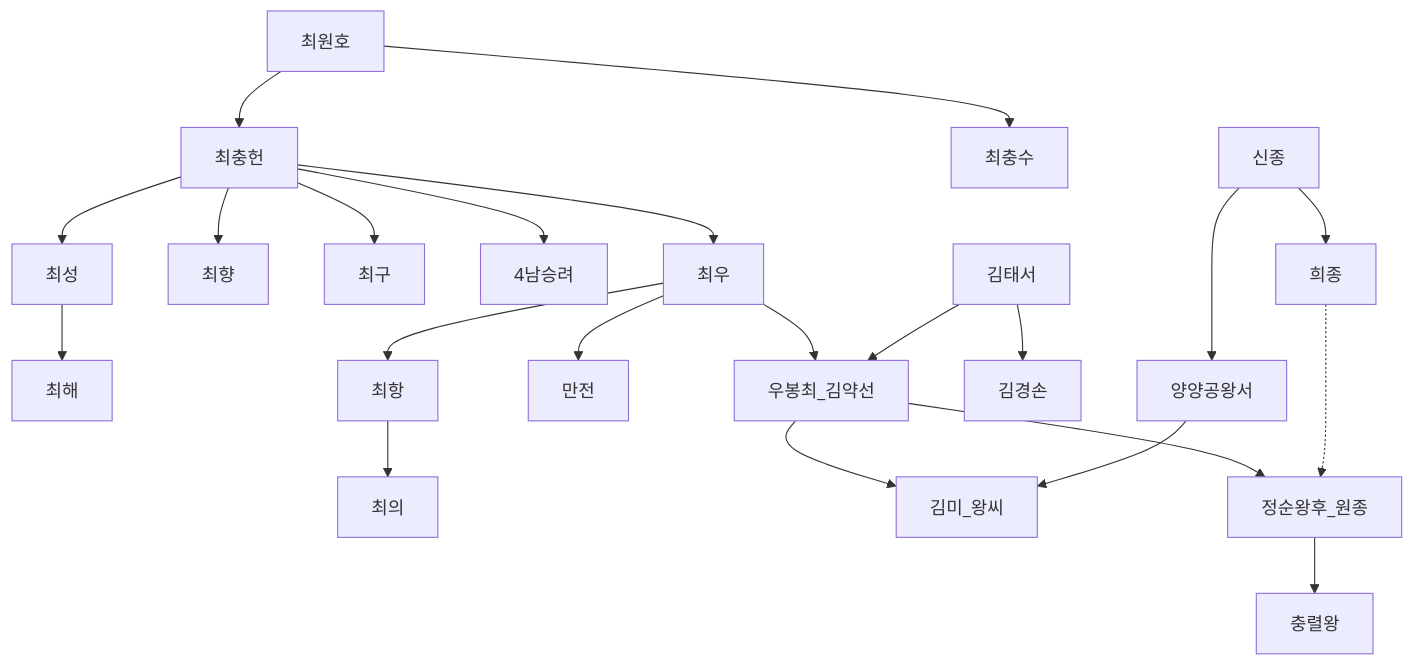
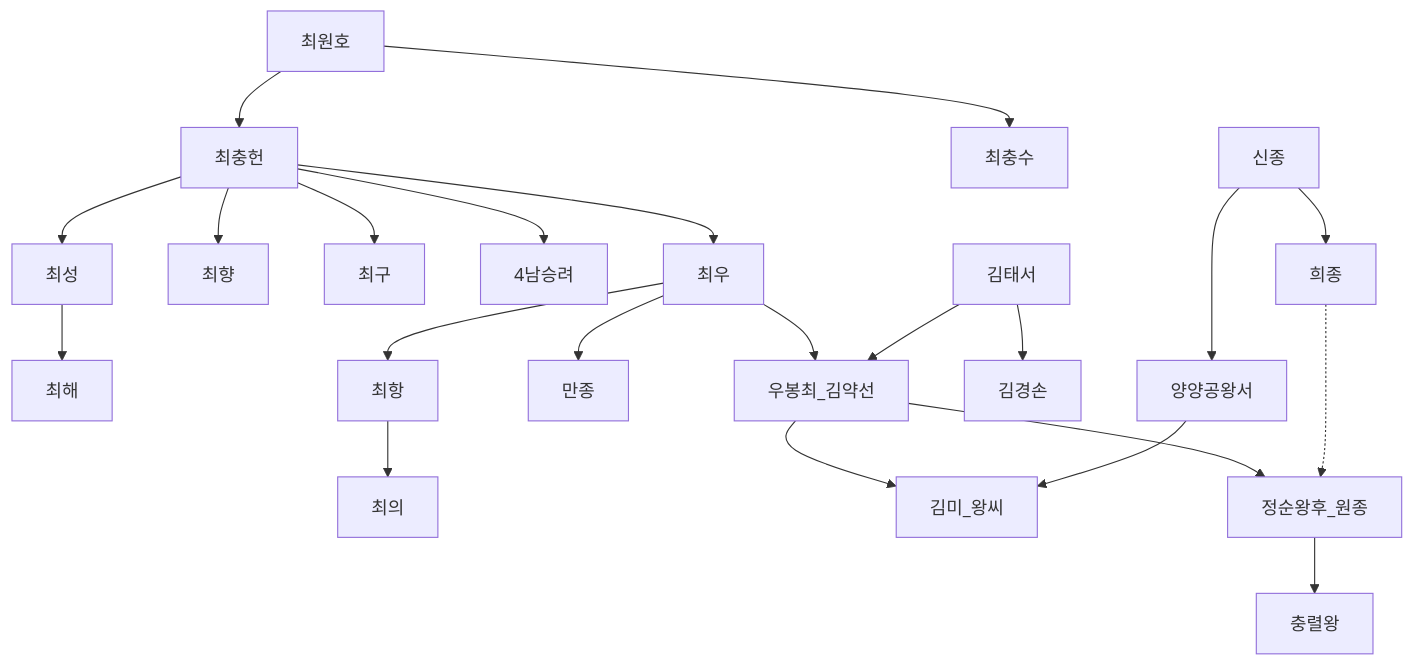
Before and after one commit to daewonyoon/historigram: the second of 2 diagrams in 한국사/고려_무신정권.md, drawn with Mermaid.

````diff
--- a/한국사/고려_무신정권.md
+++ b/한국사/고려_무신정권.md
@@ -37,22 +37,22 @@
 ```mermaid
 graph TD
 
 최원호 --> 최충헌 --> 최우
 최원호 --> 최충수
 최충헌 --> 최향
 최충헌 --> 최구
 최충헌 --> 4남승려
 최충헌 --> 최성 --> 최해
 최우 --> 최항 --> 최의
-최우 --> 만전
+최우 --> 만종
 최우 --> 우봉최_김약선
 김태서 --> 우봉최_김약선 --> 김미_왕씨
 김태서 --> 김경손
 우봉최_김약선 --> 정순왕후_원종
 정순왕후_원종 --> 충렬왕
 신종 --> 희종 -..-> 정순왕후_원종
 신종 --> 양양공왕서 --> 김미_왕씨
 
 
 
 ```
````
